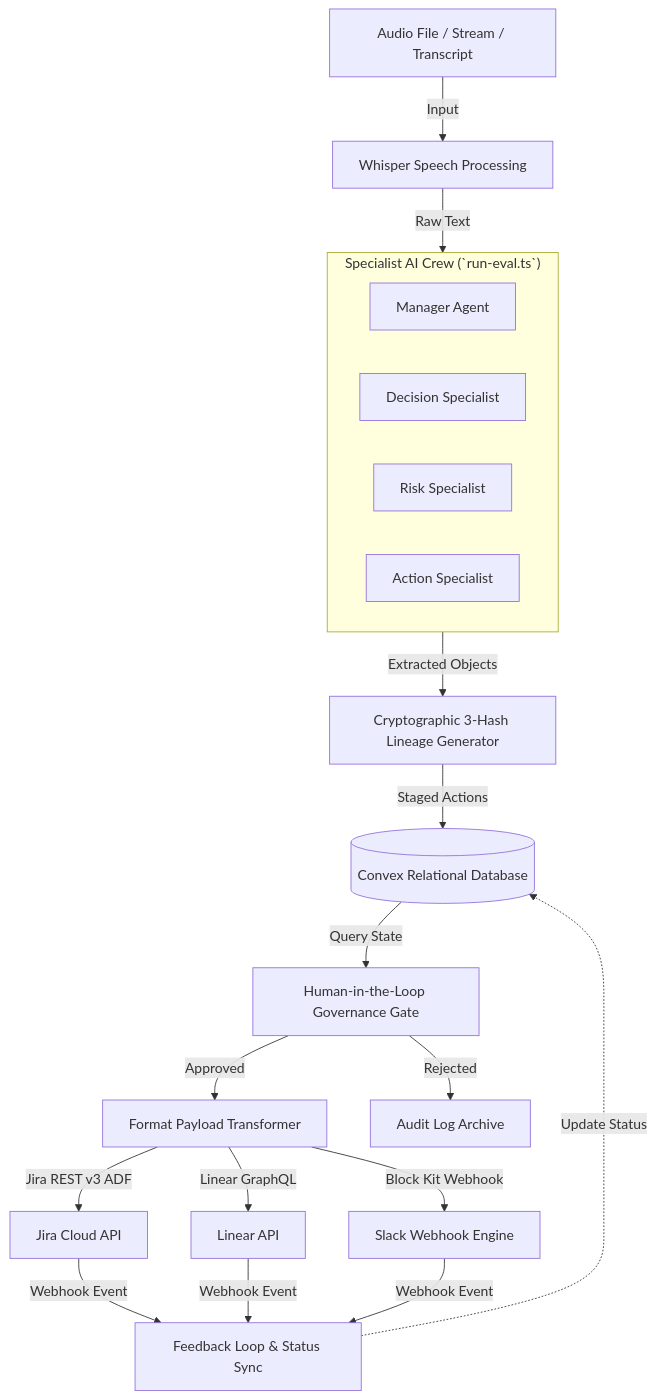
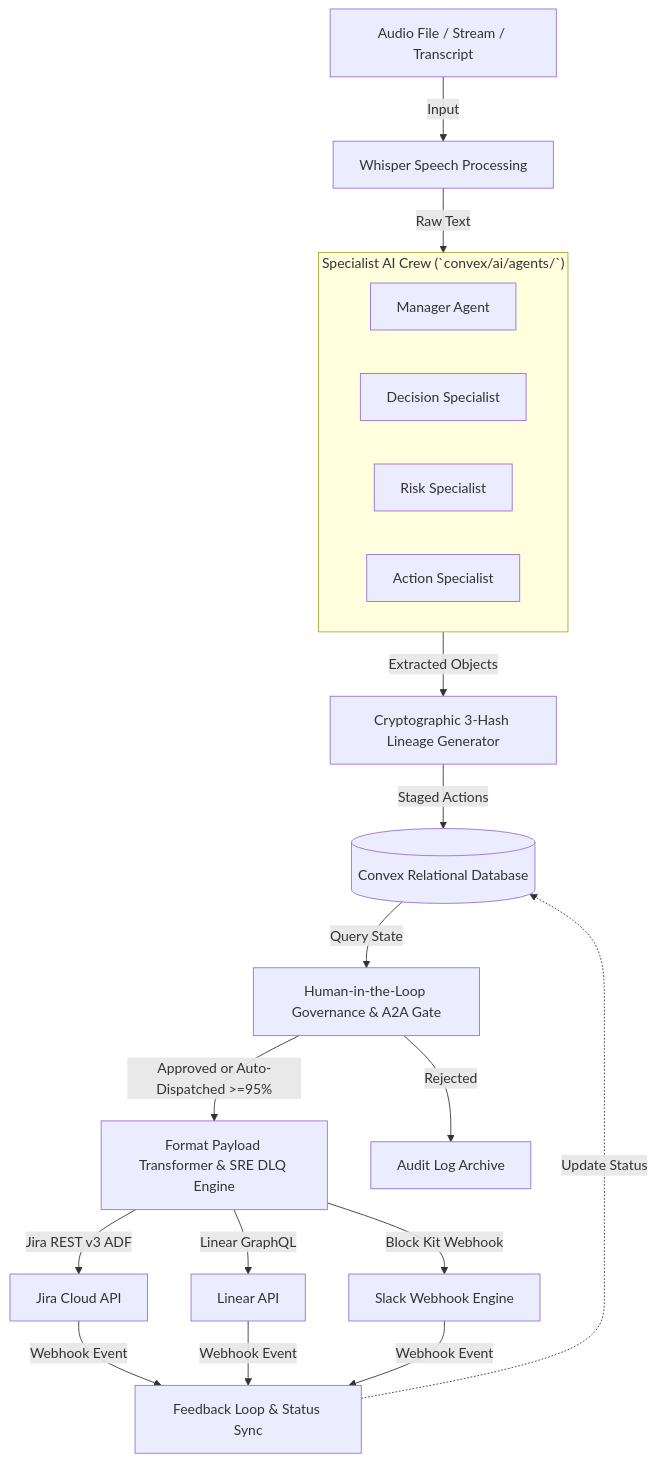
The second of 7 diagrams in docs/INNOVATION_ASSESSMENT.md (rjmad1/1_Conversa_HermesBuildathon), drawn with Mermaid before and after one commit. The commit also changed other lines of this file and 10 other files, not shown here.

````diff
--- a/docs/INNOVATION_ASSESSMENT.md
+++ b/docs/INNOVATION_ASSESSMENT.md
@@ -71,26 +73,26 @@
 ```mermaid
 flowchart TD
     In[Audio File / Stream / Transcript] -->|Input| STT[Whisper Speech Processing]
     STT -->|Raw Text| AgentCrew[Multi-Agent Specialist Crew]
 
-    subgraph AgentCrew ["Specialist AI Crew (`run-eval.ts`)"]
+    subgraph AgentCrew ["Specialist AI Crew (`convex/ai/agents/`)"]
         Mgr[Manager Agent]
         Dec[Decision Specialist]
         Risk[Risk Specialist]
         Act[Action Specialist]
     end
 
     AgentCrew -->|Extracted Objects| Lineage[Cryptographic 3-Hash Lineage Generator]
     Lineage -->|Staged Actions| ConvexDB[(Convex Relational Database)]
-    ConvexDB -->|Query State| HITL[Human-in-the-Loop Governance Gate]
+    ConvexDB -->|Query State| HITL[Human-in-the-Loop Governance & A2A Gate]
 
-    HITL -->|Approved| Dispatch[Format Payload Transformer]
+    HITL -->|Approved or Auto-Dispatched >=95%| Dispatch[Format Payload Transformer & SRE DLQ Engine]
     HITL -->|Rejected| Archive[Audit Log Archive]
 
     Dispatch -->|Jira REST v3 ADF| Jira[Jira Cloud API]
     Dispatch -->|Linear GraphQL| Linear[Linear API]
     Dispatch -->|Block Kit Webhook| Slack[Slack Webhook Engine]
 
     Jira & Linear & Slack -->|Webhook Event| Feedback[Feedback Loop & Status Sync]
     Feedback -.->|Update Status| ConvexDB
 ```
````
